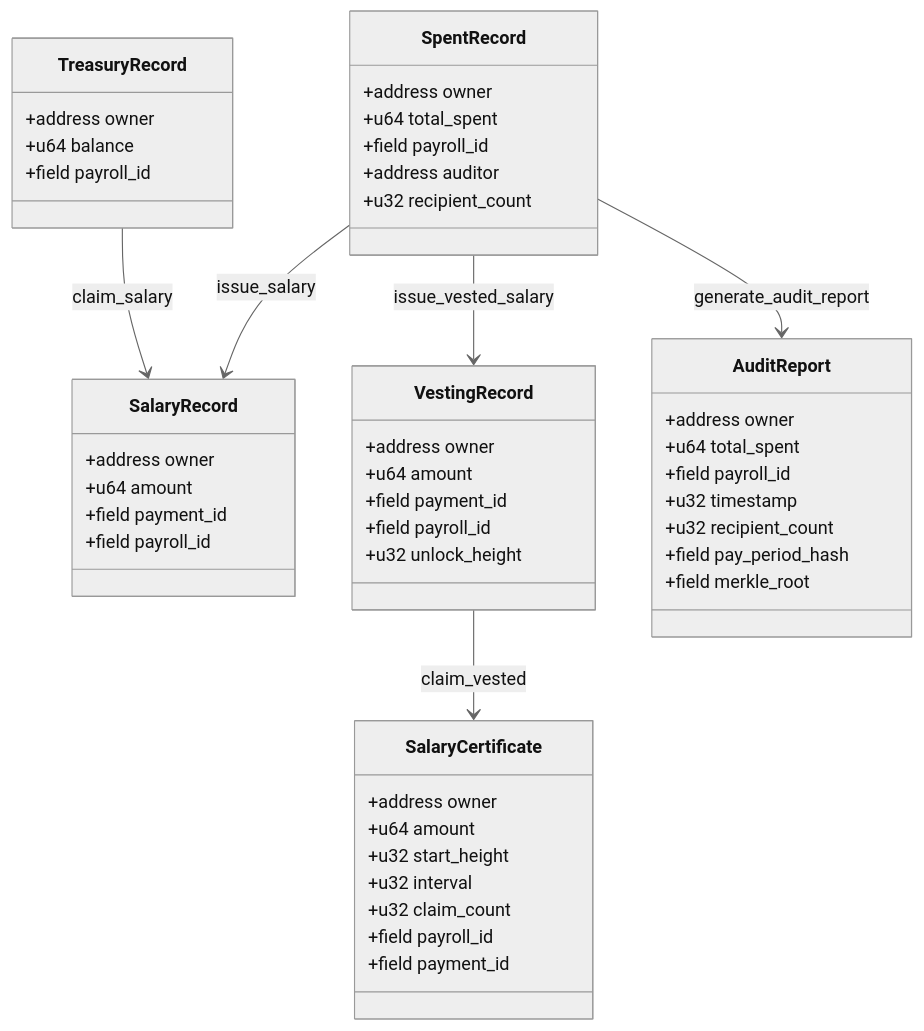
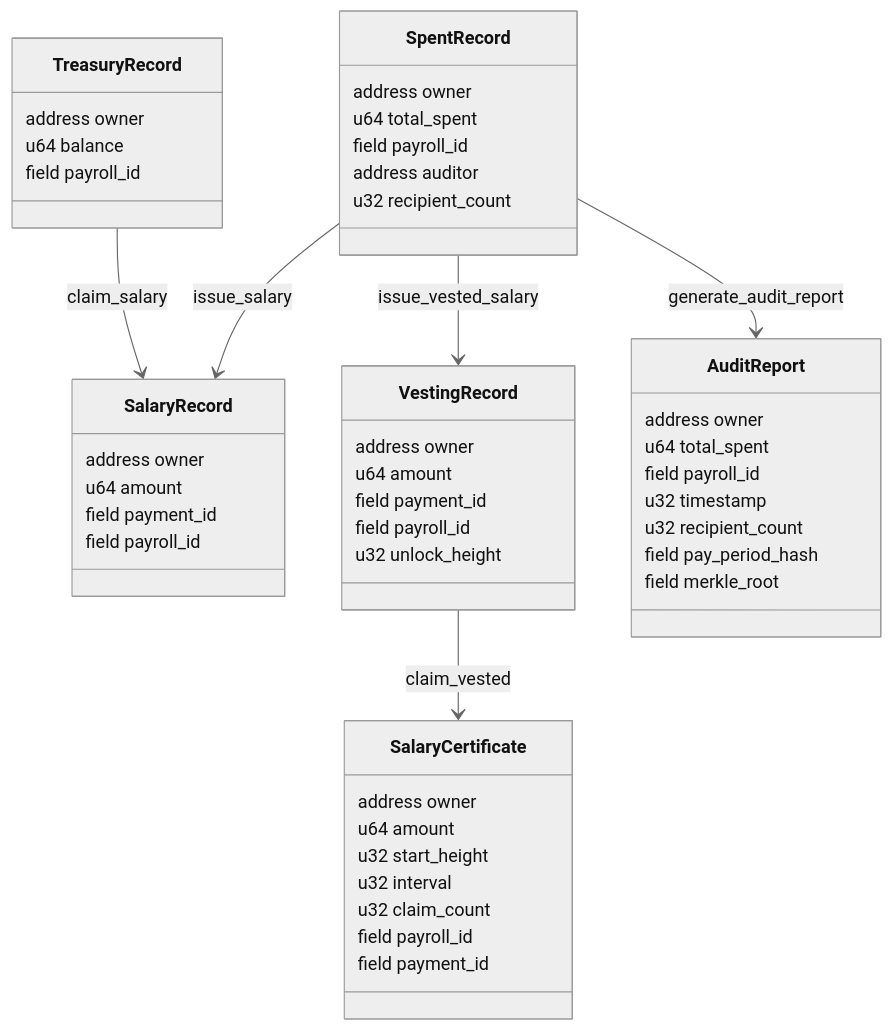
One commit to PhanTom497/zk_payroll changed the fourth of 6 diagrams in README.md. Above: the diagram before and after it, drawn with Mermaid (neutral theme). The commit also changed other lines of this file, not shown here.

````diff
--- a/README.md
+++ b/README.md
@@ -193,57 +195,57 @@
 ```mermaid
 classDiagram
     class SpentRecord {
-        +address owner
-        +u64 total_spent
-        +field payroll_id
-        +address auditor
-        +u32 recipient_count
+        address owner
+        u64 total_spent
+        field payroll_id
+        address auditor
+        u32 recipient_count
     }
 
     class SalaryRecord {
-        +address owner
-        +u64 amount
-        +field payment_id
-        +field payroll_id
+        address owner
+        u64 amount
+        field payment_id
+        field payroll_id
     }
 
     class VestingRecord {
-        +address owner
-        +u64 amount
-        +field payment_id
-        +field payroll_id
-        +u32 unlock_height
+        address owner
+        u64 amount
+        field payment_id
+        field payroll_id
+        u32 unlock_height
     }
 
     class SalaryCertificate {
-        +address owner
-        +u64 amount
-        +u32 start_height
-        +u32 interval
-        +u32 claim_count
-        +field payroll_id
-        +field payment_id
+        address owner
+        u64 amount
+        u32 start_height
+        u32 interval
+        u32 claim_count
+        field payroll_id
+        field payment_id
     }
 
     class TreasuryRecord {
-        +address owner
-        +u64 balance
-        +field payroll_id
+        address owner
+        u64 balance
+        field payroll_id
     }
 
     class AuditReport {
-        +address owner
-        +u64 total_spent
-        +field payroll_id
-        +u32 timestamp
-        +u32 recipient_count
-        +field pay_period_hash
-        +field merkle_root
+        address owner
+        u64 total_spent
+        field payroll_id
+        u32 timestamp
+        u32 recipient_count
+        field pay_period_hash
+        field merkle_root
     }
 
     SpentRecord --> SalaryRecord : issue_salary
     SpentRecord --> VestingRecord : issue_vested_salary
     VestingRecord --> SalaryCertificate : claim_vested
     TreasuryRecord --> SalaryRecord : claim_salary
     SpentRecord --> AuditReport : generate_audit_report
 ```
````
